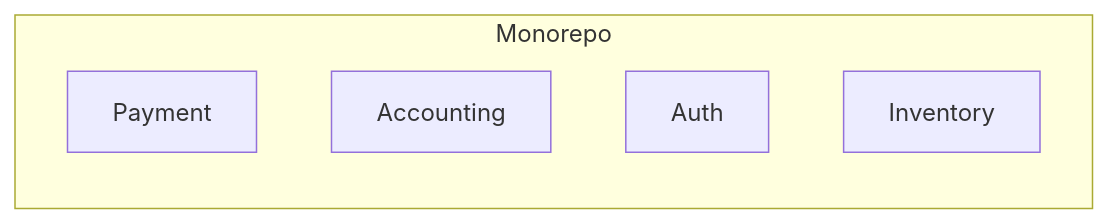
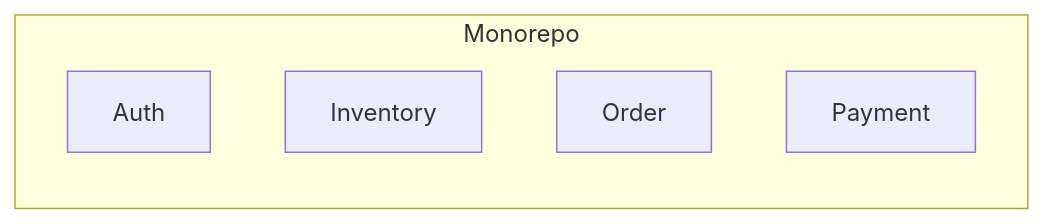
The first of 2 diagrams in docs/posts/2024/0019-selective-builds.md (developer-friendly/blog), drawn with Mermaid before and after one commit. The commit also changed other lines of this file and 8 other files, not shown here.

````diff
--- a/docs/posts/2024/0019-selective-builds.md
+++ b/docs/posts/2024/0019-selective-builds.md
@@ -72,9 +73,9 @@
 ```mermaid
 flowchart LR
     subgraph Monorepo
-        Payment
-        Accounting
         Auth
         Inventory
+        Order
+        Payment
     end
 ```
````
